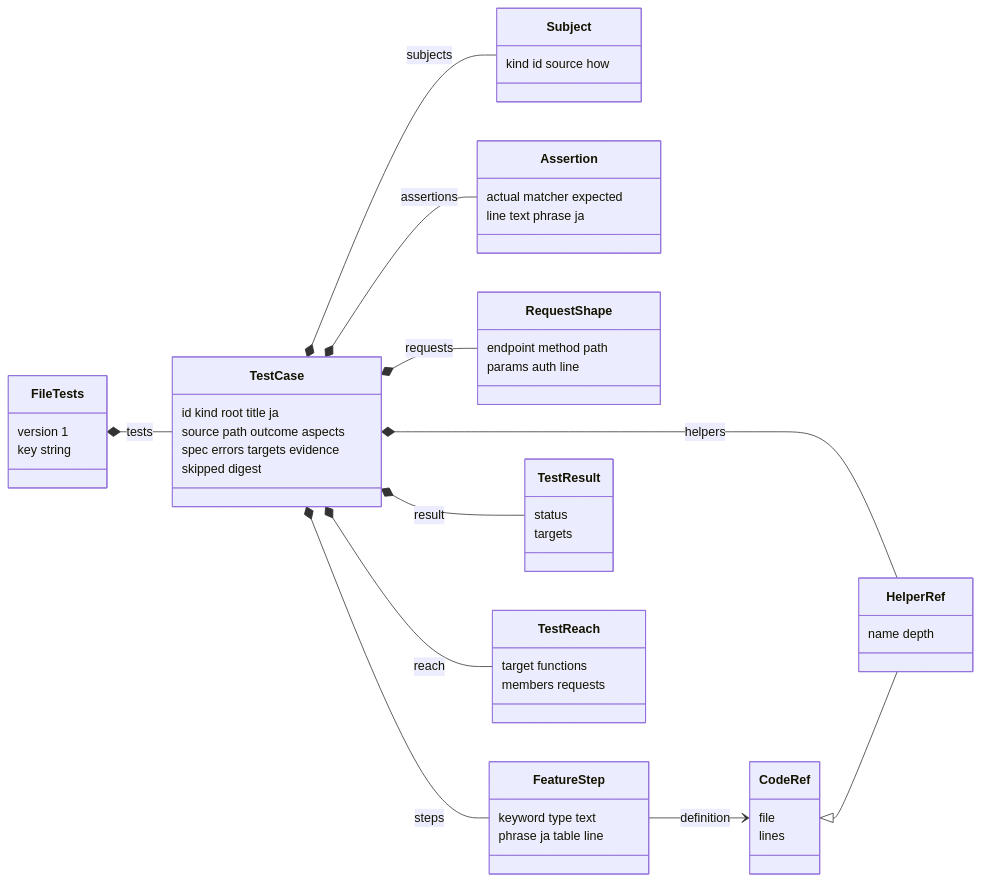
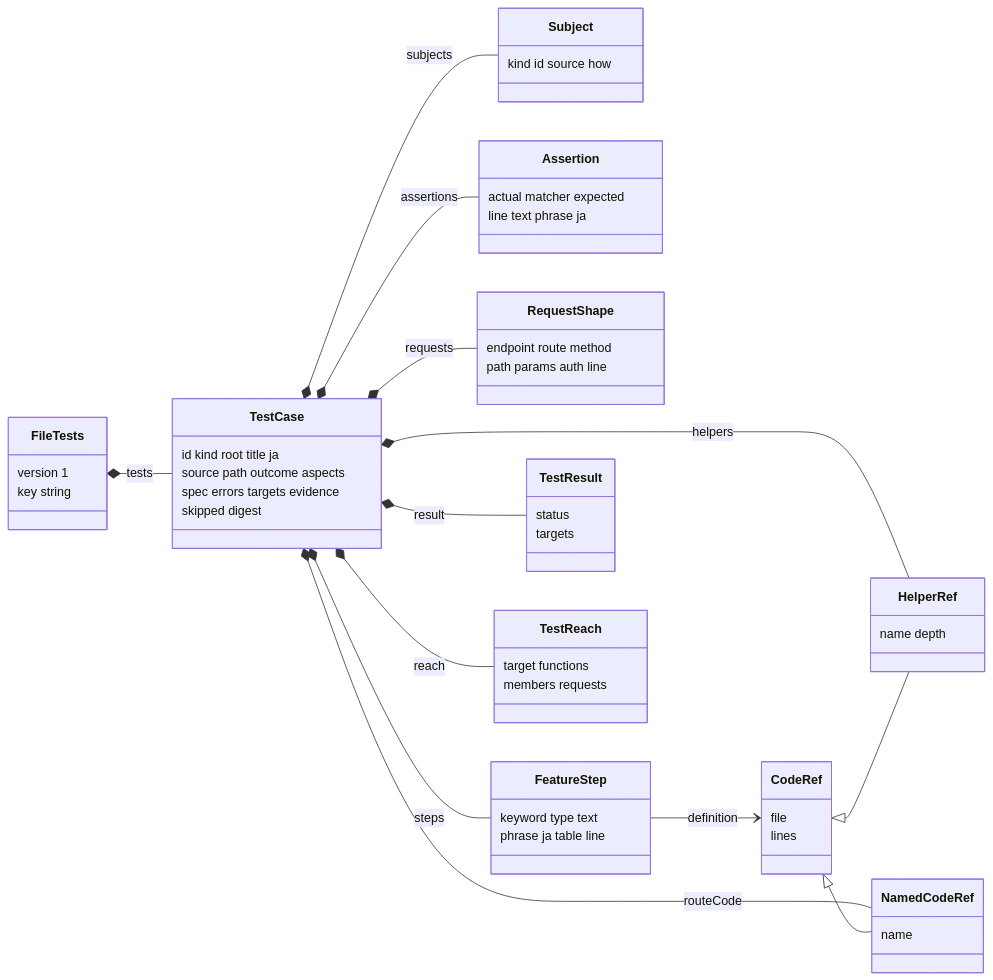
One commit to maronnjapan/maronn-openid-connect changed the tenth of 22 diagrams in apps/tests/docs/05-data.md. Above: the diagram before and after it, drawn with Mermaid. The commit also changed other lines of this file and 11 other files, not shown here.

````diff
--- a/apps/tests/docs/05-data.md
+++ b/apps/tests/docs/05-data.md
@@ -261,54 +323,59 @@
 ```mermaid
 classDiagram
   direction LR
   class FileTests {
     version 1
     key string
   }
   class TestCase {
     id kind root title ja
     source path outcome aspects
     spec errors targets evidence
     skipped digest
   }
   class Subject {
     kind id source how
   }
   class Assertion {
     actual matcher expected
     line text phrase ja
   }
   class RequestShape {
-    endpoint method path
-    params auth line
+    endpoint route method
+    path params auth line
   }
   class FeatureStep {
     keyword type text
     phrase ja table line
   }
   class HelperRef {
     name depth
+  }
+  class NamedCodeRef {
+    name
   }
   class CodeRef {
     file
     lines
   }
   class TestResult {
     status
     targets
   }
   class TestReach {
     target functions
     members requests
   }
   FileTests *-- TestCase : tests
   TestCase *-- Subject : subjects
   TestCase *-- Assertion : assertions
   TestCase *-- RequestShape : requests
   TestCase *-- FeatureStep : steps
   TestCase *-- HelperRef : helpers
+  TestCase *-- NamedCodeRef : routeCode
   TestCase *-- TestResult : result
   TestCase *-- TestReach : reach
   FeatureStep --> CodeRef : definition
   CodeRef <|-- HelperRef
+  CodeRef <|-- NamedCodeRef
 ```
````
